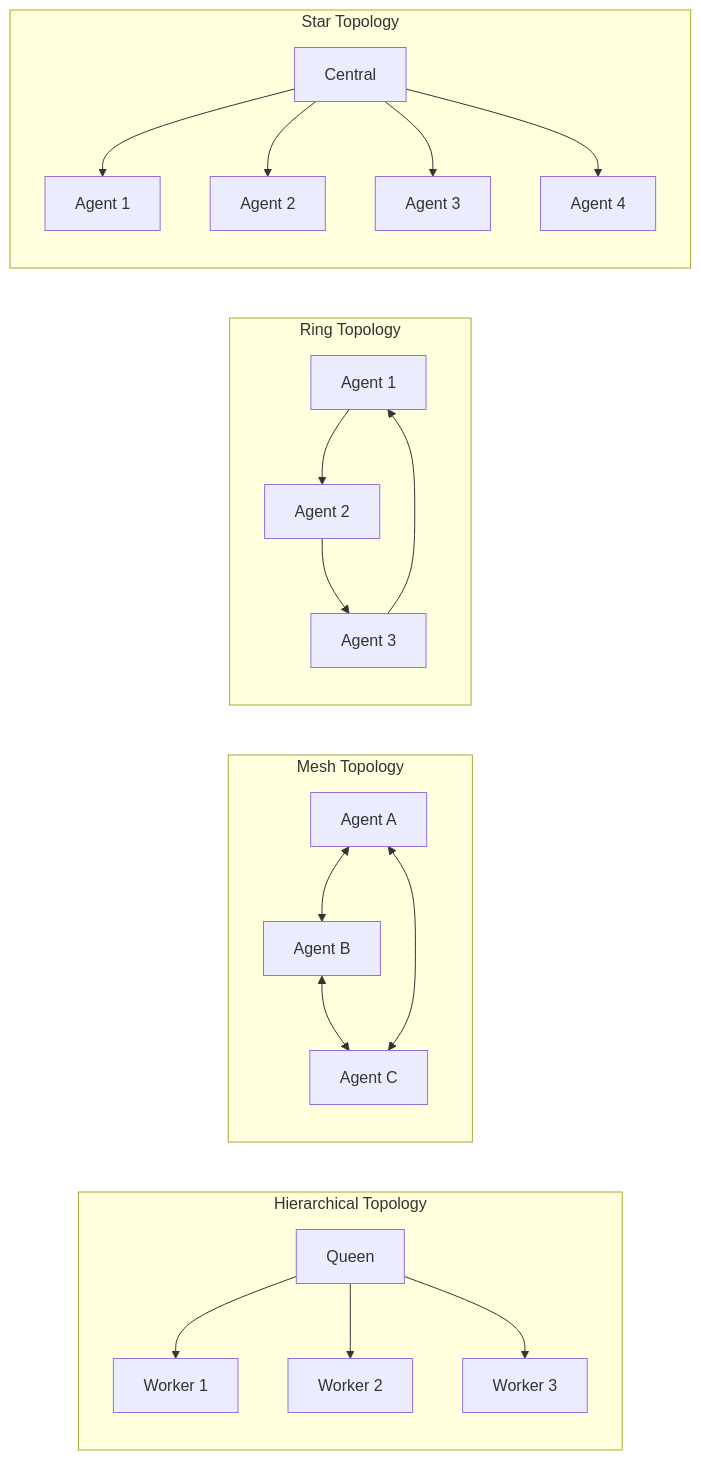
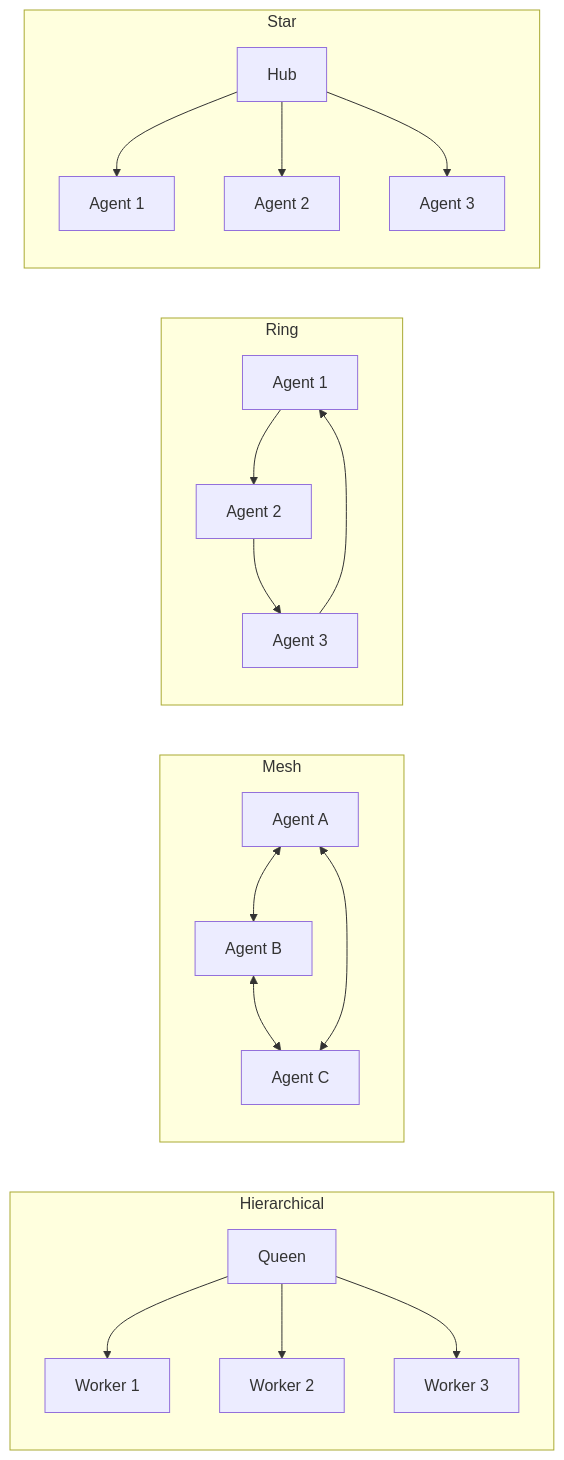
Before and after one commit to blackms/claude-flow-go: the second of 2 diagrams in README.md, drawn with Mermaid. The commit also changed other lines of this file and 20 other files, not shown here.

````diff
--- a/README.md
+++ b/README.md
@@ -155,27 +230,26 @@
 ```mermaid
 graph LR
-    subgraph Hierarchical["Hierarchical Topology"]
+    subgraph Hierarchical[Hierarchical]
         H_Q[Queen] --> H_W1[Worker 1]
         H_Q --> H_W2[Worker 2]
         H_Q --> H_W3[Worker 3]
     end
 
-    subgraph Mesh["Mesh Topology"]
+    subgraph Mesh[Mesh]
         M_A[Agent A] <--> M_B[Agent B]
         M_B <--> M_C[Agent C]
         M_C <--> M_A
     end
 
-    subgraph Ring["Ring Topology"]
+    subgraph Ring[Ring]
         R_1[Agent 1] --> R_2[Agent 2]
         R_2 --> R_3[Agent 3]
         R_3 --> R_1
     end
 
-    subgraph Star["Star Topology"]
-        S_C[Central] --> S_1[Agent 1]
+    subgraph Star[Star]
+        S_C[Hub] --> S_1[Agent 1]
         S_C --> S_2[Agent 2]
         S_C --> S_3[Agent 3]
-        S_C --> S_4[Agent 4]
     end
 ```
````
